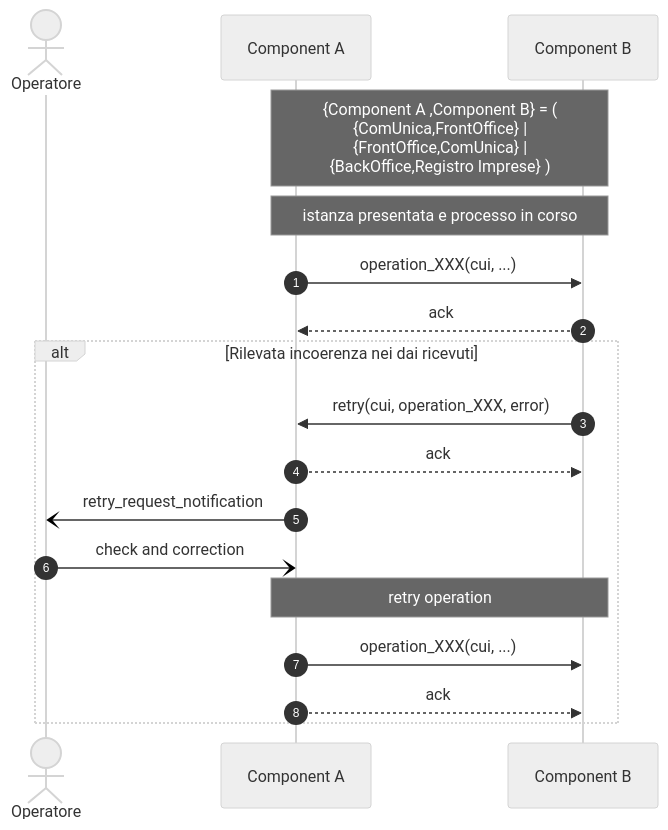
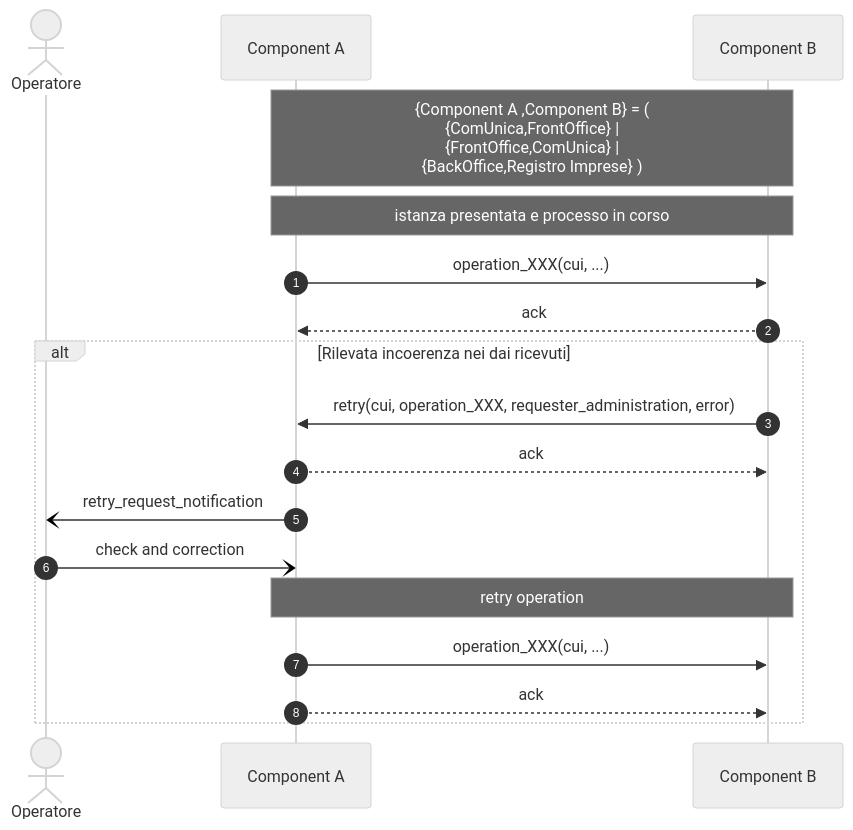
One commit to AgID/specifiche-tecniche-DPR-160-2010 changed the diagram in sequence-diagram/Retry-002.mermaid. Above: the diagram before and after it, drawn with Mermaid (neutral theme). The commit also changed 6 other files, not shown here.

Commit message:
fix issue 111 - aggiunta requester_administration nelle openApi bo_to_et e audit e modificati i sequence impattati

```diff
--- a/sequence-diagram/Retry-002.mermaid
+++ b/sequence-diagram/Retry-002.mermaid
@@ -1,32 +1,32 @@
 sequenceDiagram
     autonumber
       
     actor O as Operatore  
     participant A as Component A 
     participant B as Component B  
 
    
     Note over A,B: {Component A ,Component B} = (<br/>{ComUnica,FrontOffice} |<br/> {FrontOffice,ComUnica} |<br/> {BackOffice,Registro Imprese} )
 
    
     Note over A,B: istanza presentata e processo in corso
 
     A->> B: operation_XXX(cui, ...)
     B -->> A: ack
 
  
 
     alt Rilevata incoerenza nei dai ricevuti
-        B->> A: retry(cui, operation_XXX, error)
+        B->> A: retry(cui, operation_XXX, requester_administration, error)
         A -->> B: ack
 
       
 
         A -) O: retry_request_notification
         O-) A: check and correction
         note over A,B: retry operation
         A->> B: operation_XXX(cui, ...)
         A -->> B: ack
 
 
     end
```
